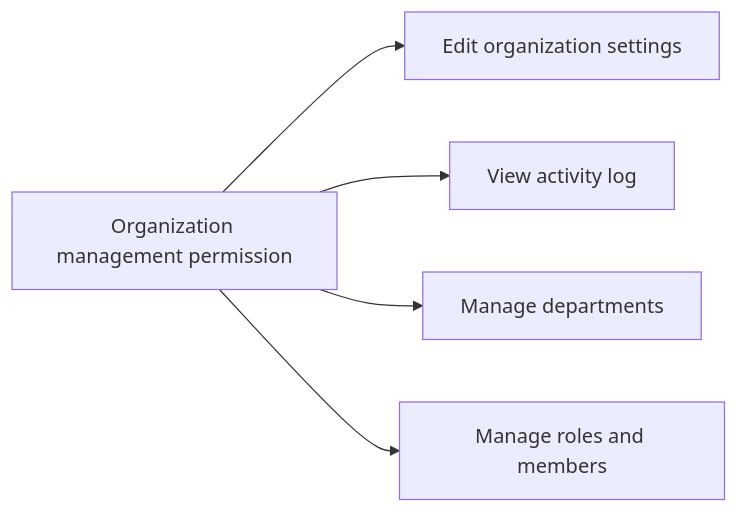
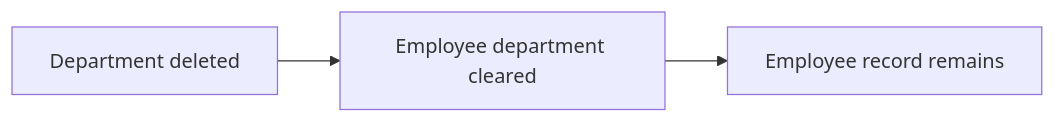
One commit to wrtnlabs/autobe-examples changed the ninth of 24 diagrams in openai/gpt-5.4-mini/erp/docs/analysis/04-business-rules.md. Above: the diagram before and after it, drawn with Mermaid. The commit also changed other lines of this file and 9017 other files, not shown here.

````diff
--- a/openai/gpt-5.4-mini/erp/docs/analysis/04-business-rules.md
+++ b/openai/gpt-5.4-mini/erp/docs/analysis/04-business-rules.md
@@ -354,7 +492,5 @@
 ```mermaid
 flowchart LR
-    A["Organization management permission"] --> B["Edit organization settings"]
-    A --> C["View activity log"]
-    A --> D["Manage departments"]
-    A --> E["Manage roles and members"]
+    A["Department deleted"] --> B["Employee department cleared"]
+    B --> C["Employee record remains"]
 ```
````
